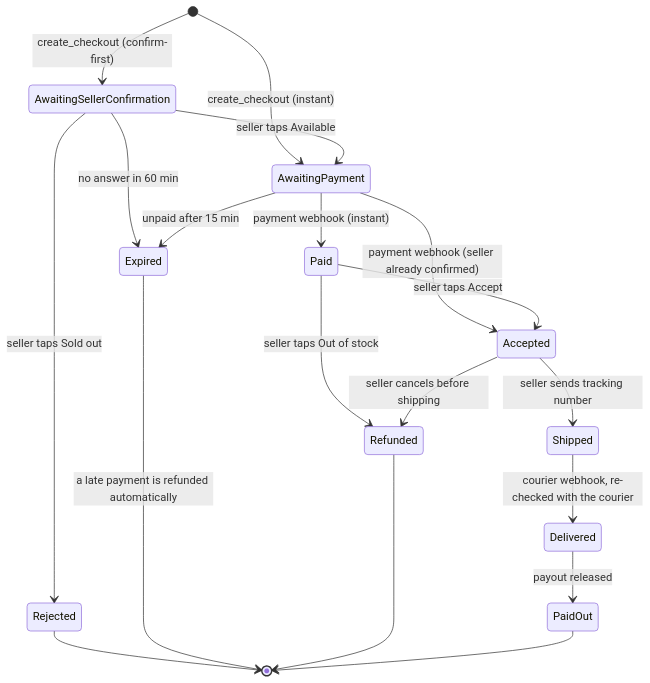
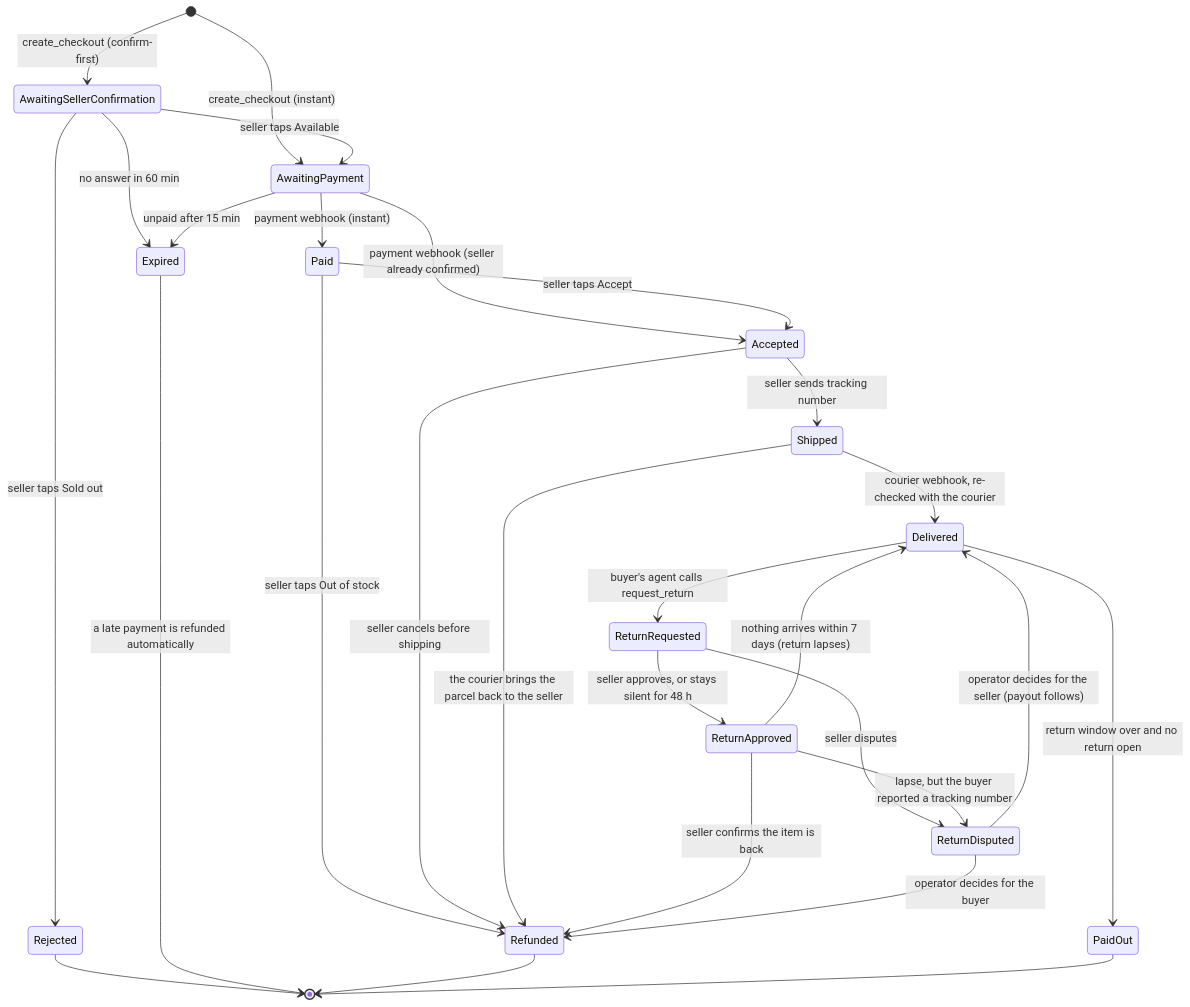
One commit to galihsatriawan/etalase changed the diagram in docs/05-checkout-payment-payout.md. Above: the diagram before and after it, drawn with Mermaid. The commit also changed other lines of this file and 106 other files, not shown here.

````diff
--- a/docs/05-checkout-payment-payout.md
+++ b/docs/05-checkout-payment-payout.md
@@ -7,21 +7,30 @@
 ```mermaid
 stateDiagram-v2
   [*] --> AwaitingSellerConfirmation: create_checkout (confirm-first)
   [*] --> AwaitingPayment: create_checkout (instant)
   AwaitingSellerConfirmation --> AwaitingPayment: seller taps Available
   AwaitingSellerConfirmation --> Rejected: seller taps Sold out
   AwaitingSellerConfirmation --> Expired: no answer in 60 min
   AwaitingPayment --> Paid: payment webhook (instant)
   AwaitingPayment --> Accepted: payment webhook (seller already confirmed)
   AwaitingPayment --> Expired: unpaid after 15 min
   Paid --> Accepted: seller taps Accept
   Paid --> Refunded: seller taps Out of stock
   Accepted --> Refunded: seller cancels before shipping
   Accepted --> Shipped: seller sends tracking number
   Shipped --> Delivered: courier webhook, re-checked with the courier
-  Delivered --> PaidOut: payout released
+  Shipped --> Refunded: the courier brings the parcel back to the seller
+  Delivered --> PaidOut: return window over and no return open
+  Delivered --> ReturnRequested: buyer's agent calls request_return
+  ReturnRequested --> ReturnApproved: seller approves, or stays silent for 48 h
+  ReturnRequested --> ReturnDisputed: seller disputes
+  ReturnApproved --> Refunded: seller confirms the item is back
+  ReturnApproved --> Delivered: nothing arrives within 7 days (return lapses)
+  ReturnApproved --> ReturnDisputed: lapse, but the buyer reported a tracking number
+  ReturnDisputed --> Refunded: operator decides for the buyer
+  ReturnDisputed --> Delivered: operator decides for the seller (payout follows)
   Rejected --> [*]
   Expired --> [*]: a late payment is refunded automatically
   Refunded --> [*]
   PaidOut --> [*]
 ```
````
